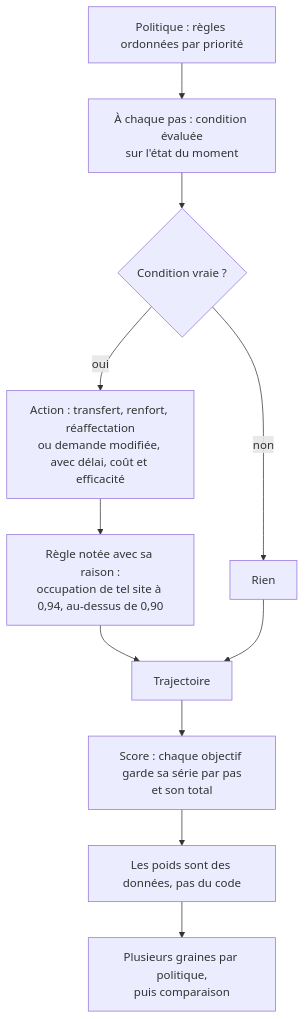
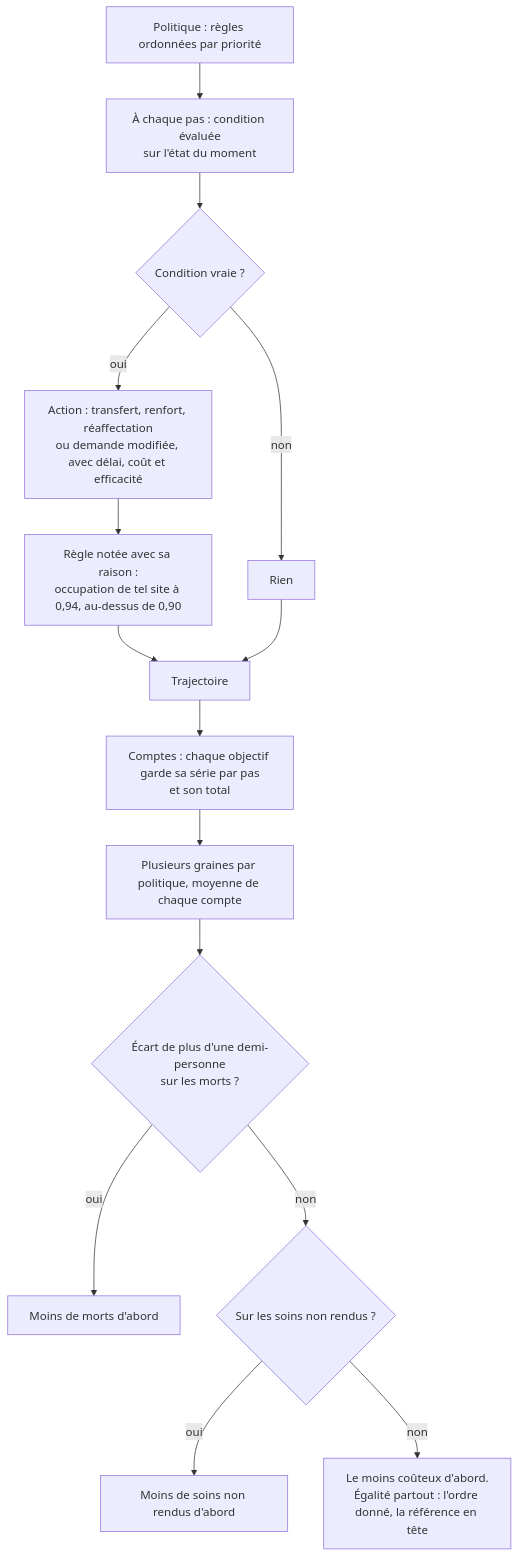
Diagram 11 of 26 in docs/algorithms.md (V1ktor7/obscyro), drawn with Mermaid before and after one commit. The commit also changed other lines of this file and 11 other files, not shown here.

First line of the commit message:
fix(moteur): une baisse de capacité mord et se termine, et ne rien faire ne gagne plus sur le prix

````diff
--- a/docs/algorithms.md
+++ b/docs/algorithms.md
@@ -336,13 +336,17 @@
 ```mermaid
 flowchart TD
     A["Politique : règles ordonnées par priorité"] --> B["À chaque pas : condition évaluée<br/>sur l'état du moment"]
     B --> C{"Condition vraie ?"}
     C -->|"oui"| D["Action : transfert, renfort, réaffectation<br/>ou demande modifiée, avec délai, coût et efficacité"]
     C -->|"non"| E["Rien"]
     D --> F["Règle notée avec sa raison :<br/>occupation de tel site à 0,94, au-dessus de 0,90"]
     F --> G["Trajectoire"]
     E --> G
-    G --> H["Score : chaque objectif garde sa série par pas<br/>et son total"]
-    H --> I["Les poids sont des données, pas du code"]
-    I --> J["Plusieurs graines par politique,<br/>puis comparaison"]
+    G --> H["Comptes : chaque objectif garde sa série par pas<br/>et son total"]
+    H --> I["Plusieurs graines par politique, moyenne de chaque compte"]
+    I --> J{"Écart de plus d'une demi-personne<br/>sur les morts ?"}
+    J -->|"oui"| K["Moins de morts d'abord"]
+    J -->|"non"| L{"Sur les soins non rendus ?"}
+    L -->|"oui"| M["Moins de soins non rendus d'abord"]
+    L -->|"non"| N["Le moins coûteux d'abord.<br/>Égalité partout : l'ordre donné, la référence en tête"]
 ```
````
